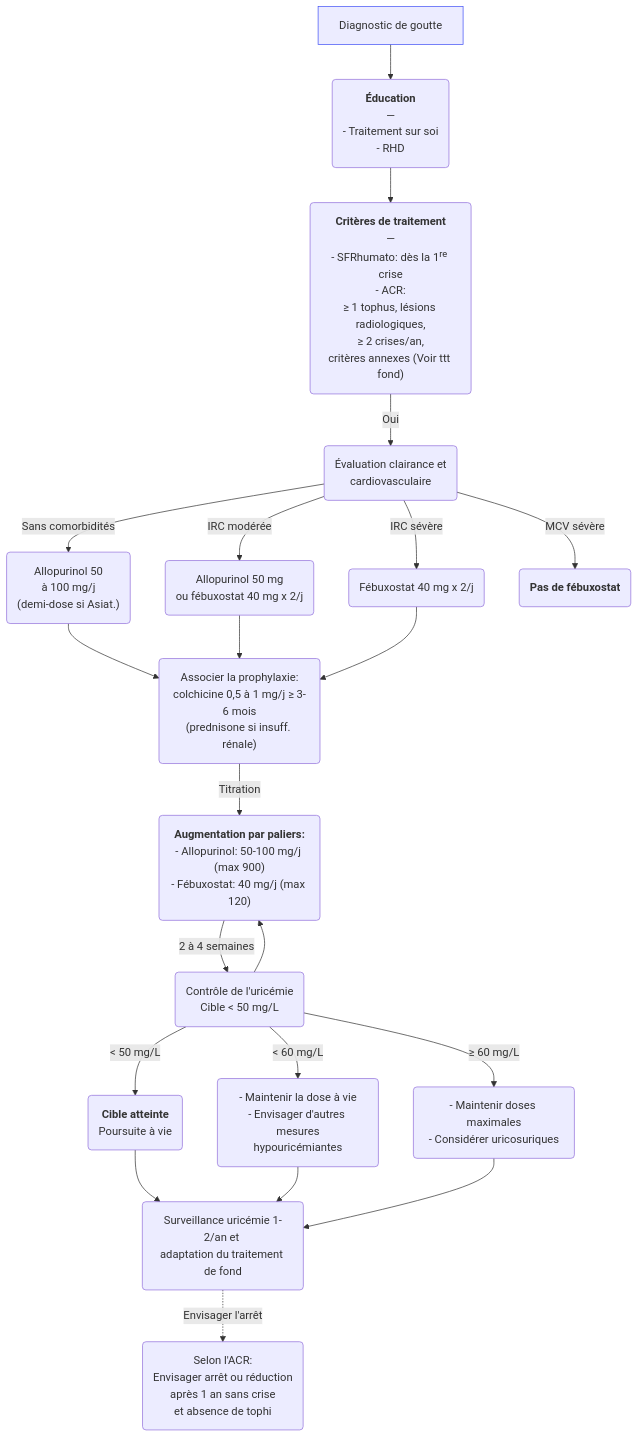
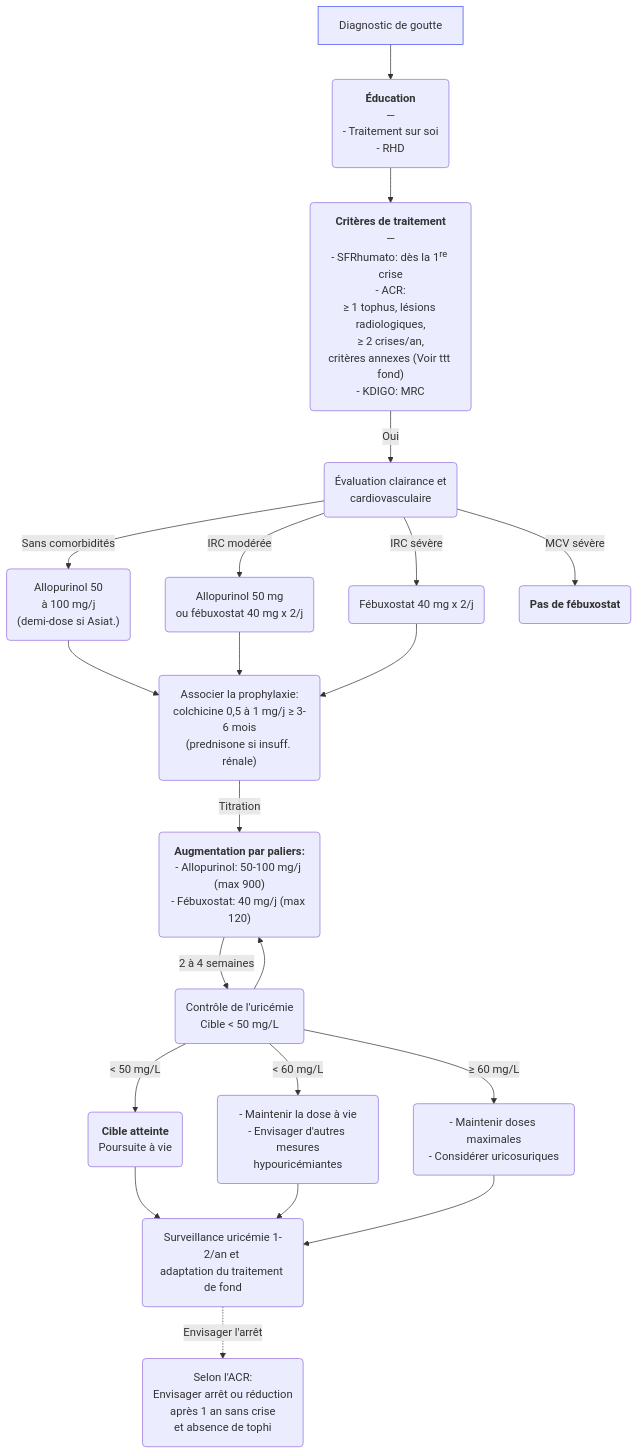
The second of 2 diagrams in content/recommandations/goutte.md (djibe/recommandations-medicales), drawn with Mermaid before and after one commit. The commit also changed other lines of this file and 23 other files, not shown here.

```diff
--- a/content/recommandations/goutte.md
+++ b/content/recommandations/goutte.md
@@ -373,17 +375,17 @@
 {{< mermaid title="Conduite à tenir pour le traitement hypouricémiant de fond du patient goutteux. Dr JB Fron d'après SFR et ACR 2020" >}}
 graph TB
 accTitle: Prise en charge de la goutte par traitement de fond d'après SFR et ACR 2020
-  diagnostic[Diagnostic de goutte] --> education("<b>Éducation</b><br>—<br>- Traitement sur soi<br>- RHD") --> criteres("<b>Critères de traitement</b><br>—<br>- SFRhumato: dès la 1<sup>re</sup> crise<br>- ACR:<br>≥ 1 tophus, lésions radiologiques,<br>≥ 2 crises/an,<br>critères annexes (Voir ttt fond)")
+  diagnostic[Diagnostic de goutte] --> education("<b>Éducation</b><br>—<br>- Traitement sur soi<br>- RHD") --> criteres("<b>Critères de traitement</b><br>—<br>- SFRhumato: dès la 1<sup>re</sup> crise<br>- ACR:<br>≥ 1 tophus, lésions radiologiques,<br>≥ 2 crises/an,<br>critères annexes (Voir ttt fond)<br>- KDIGO: MRC")
   style diagnostic stroke:#4150f5, stroke-width:1px
     criteres -- Oui --> clairance(Évaluation clairance et<br>cardiovasculaire)
       clairance -- Sans comorbidités --> allopurinol("Allopurinol 50<br>à 100 mg/j<br>(demi-dose si Asiat.)") --> prophylaxie("Associer la prophylaxie:<br>colchicine 0,5 à 1 mg/j ≥ 3-6 mois<br>(prednisone si insuff. rénale)")
       clairance -- IRC modérée --> ircmoderee(Allopurinol 50 mg<br>ou fébuxostat 40 mg x 2/j) --> prophylaxie
       clairance -- IRC sévère --> ircsevere(Fébuxostat 40 mg x 2/j) --> prophylaxie
       clairance -- MCV sévère --> mcv(<b>Pas de fébuxostat</b>)
         prophylaxie -- Titration --> titration("<b>Augmentation par paliers:</b><br>- Allopurinol: 50-100 mg/j (max 900)<br>- Fébuxostat: 40 mg/j (max 120)")
           titration -- 2 à 4 semaines --> uricemie(Contrôle de l'uricémie<br>Cible &lt; 50 mg/L) --> titration
             uricemie -- "&lt; 50 mg/L" --> cible(<b>Cible atteinte</b><br>Poursuite à vie) --> surv("Surveillance uricémie 1-2/an et <br>adaptation du traitement de fond")
               surv -. Envisager l'arrêt .-> arret("Selon l'ACR:<br>Envisager arrêt ou réduction<br>après 1 an sans crise<br>et absence de tophi")
             uricemie -- "&lt; 60 mg/L" --> presque("- Maintenir la dose à vie<br>- Envisager d'autres mesures<br>hypouricémiantes") --> surv
             uricemie -- "≥ 60 mg/L" --> hors("- Maintenir doses maximales<br>- Considérer uricosuriques") --> surv
 {{< /mermaid >}}
```
